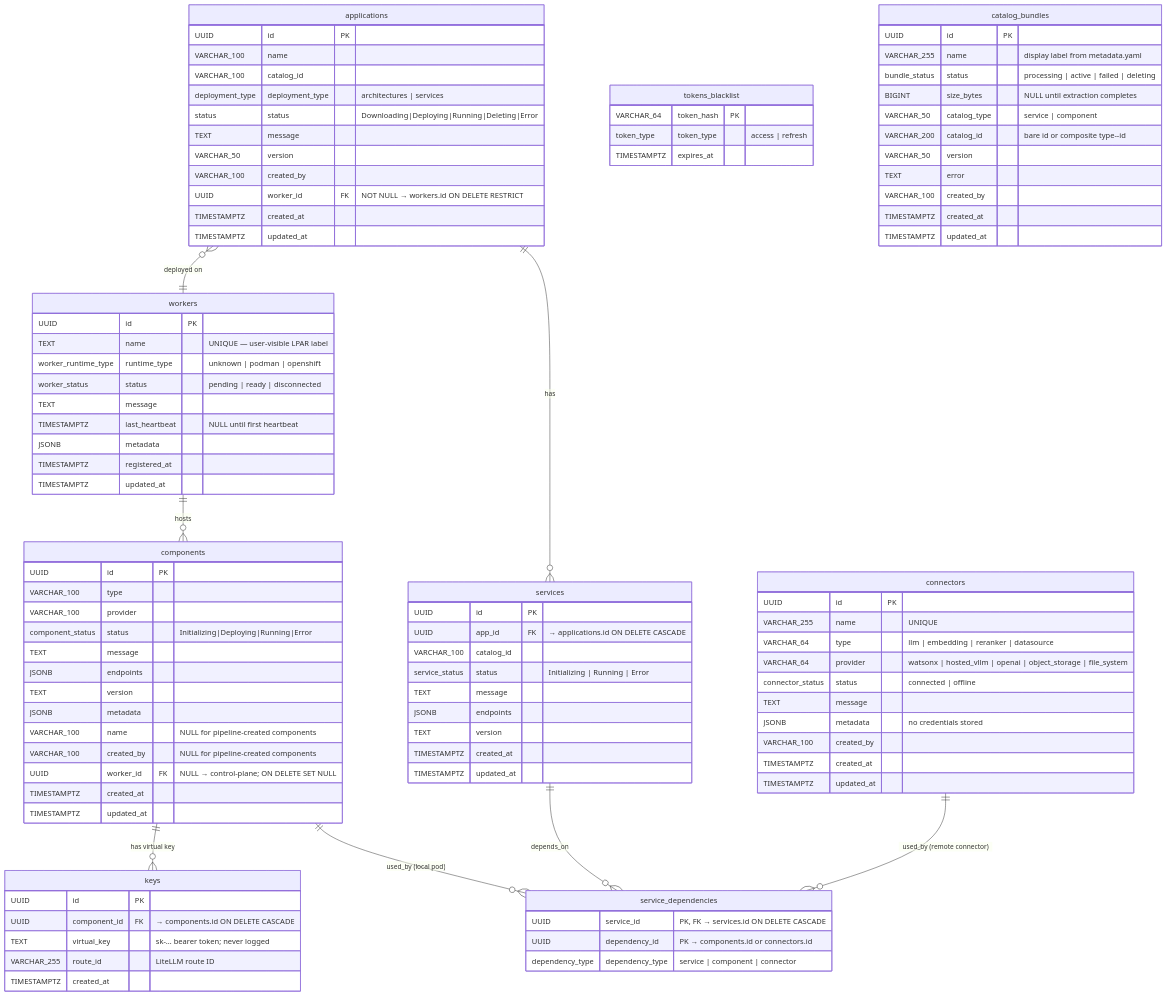
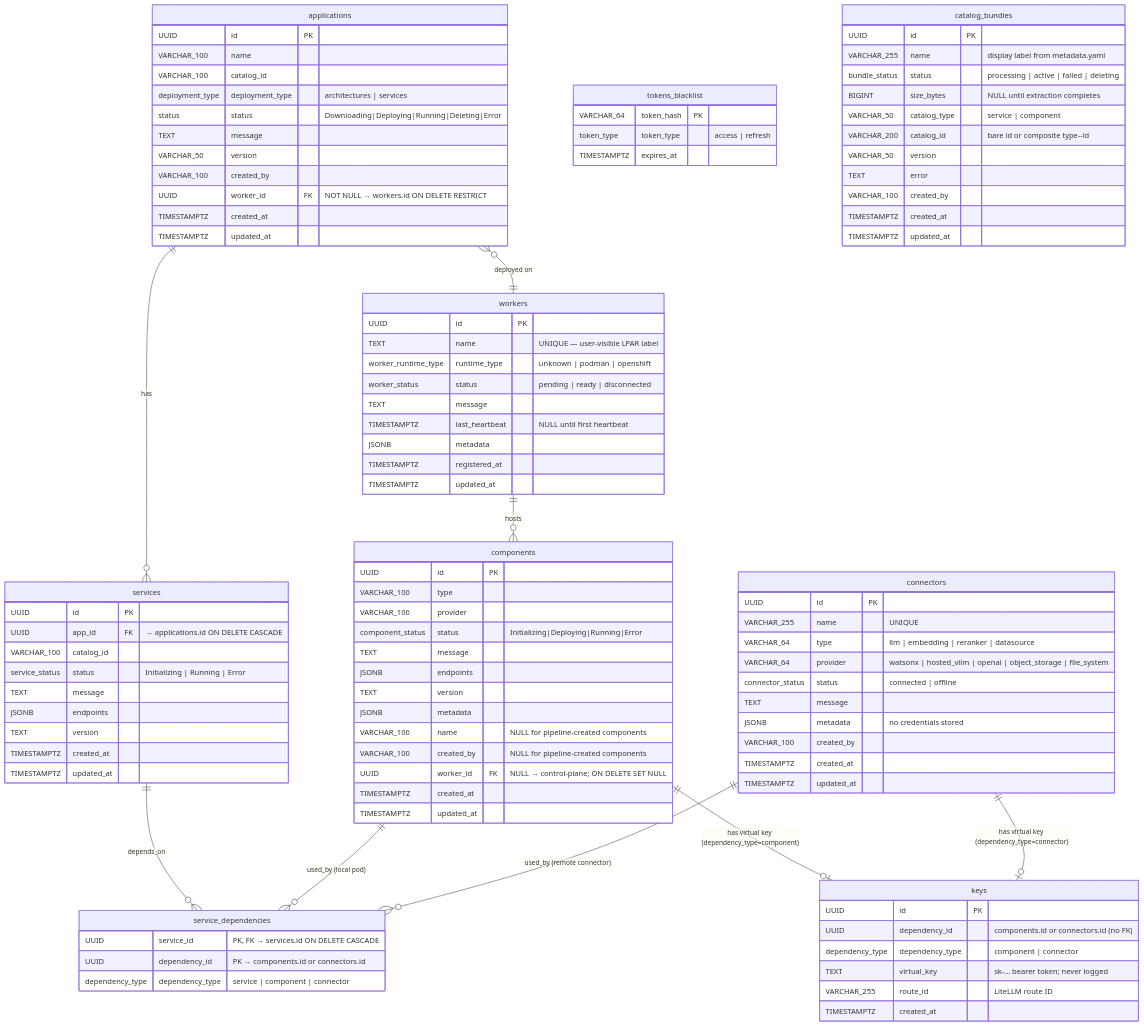
Before and after one commit to mayuka-c/project-ai-services: the diagram in docs/proposals/model-management/model-management-LLD.md, drawn with Mermaid. The commit also changed other lines of this file and 7 other files, not shown here.

```diff
--- a/docs/proposals/model-management/model-management-LLD.md
+++ b/docs/proposals/model-management/model-management-LLD.md
@@ -648,7 +664,8 @@
     services     ||--o{ service_dependencies : "depends_on"
     components   ||--o{ service_dependencies : "used_by (local pod)"
     connectors   ||--o{ service_dependencies : "used_by (remote connector)"
-    components   ||--o{ keys              : "has virtual key"
+    components   ||--o| keys              : "has virtual key (dependency_type=component)"
+    connectors   ||--o| keys              : "has virtual key (dependency_type=connector)"
     workers      ||--o{ components        : "hosts"
 
     applications {
@@ -719,8 +736,9 @@
     }
 
     keys {
-        UUID        id              PK
-        UUID        component_id    FK "→ components.id ON DELETE CASCADE"
+        UUID            id              PK
+        UUID            dependency_id      "components.id or connectors.id (no FK)"
+        dependency_type dependency_type    "component | connector"
         TEXT        virtual_key        "sk-… bearer token; never logged"
         VARCHAR_255 route_id           "LiteLLM route ID"
         TIMESTAMPTZ created_at
```
